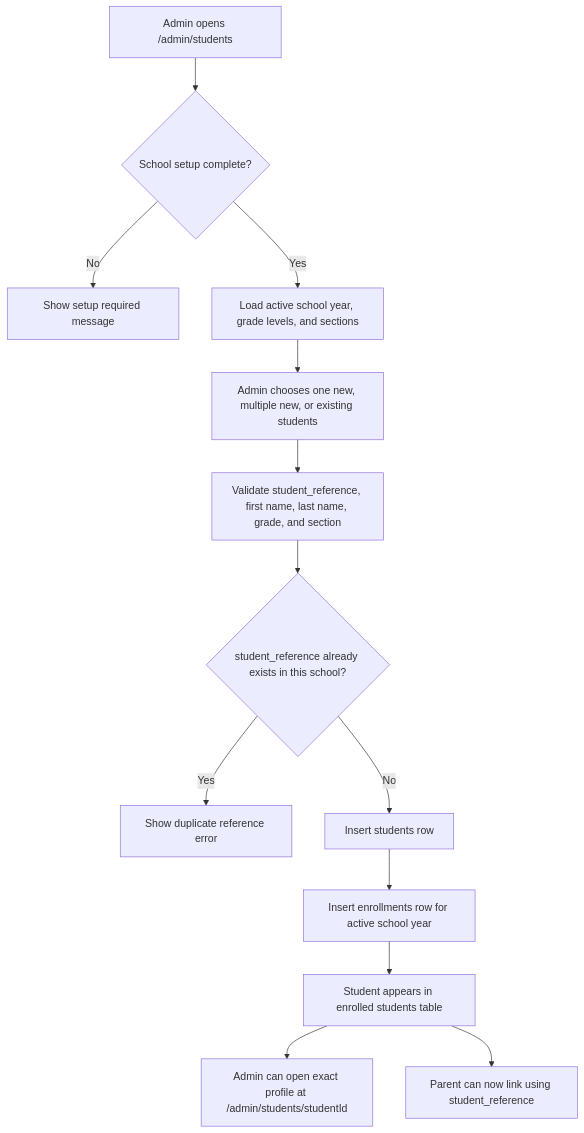
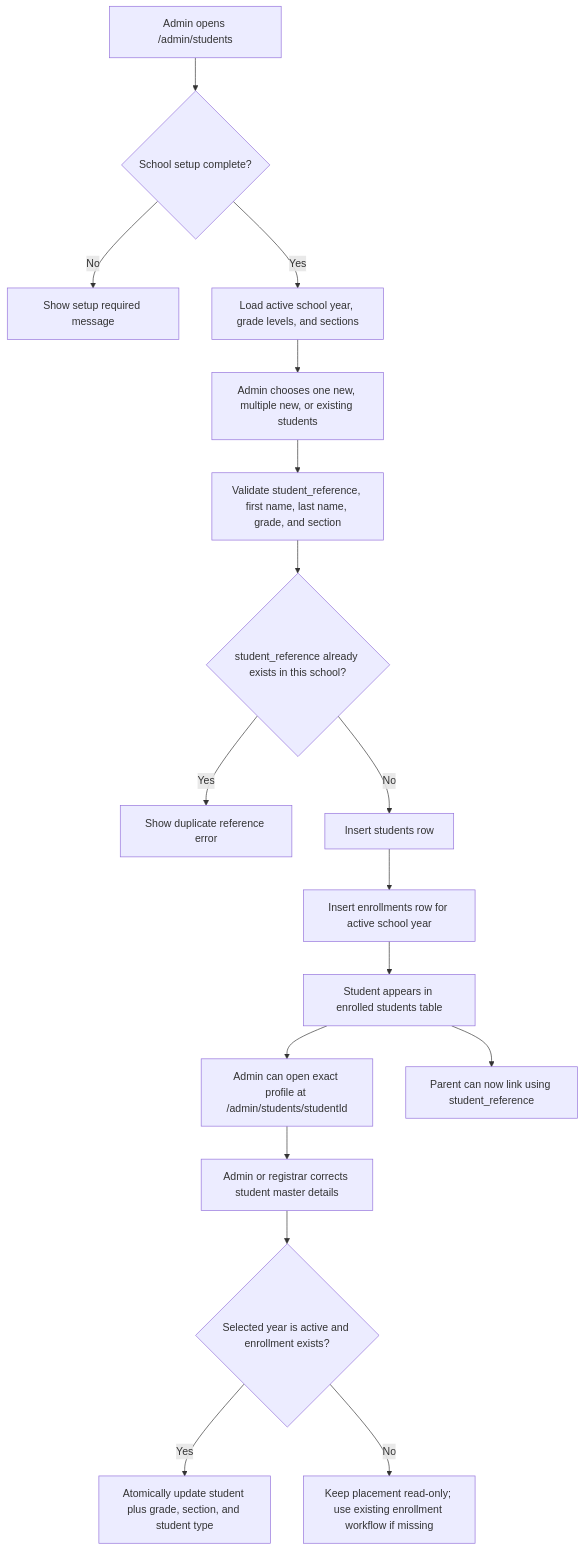
One commit to Xeyn19/xmetapay changed the ninth of 22 diagrams in docs/PROJECT_FLOWCHARTS.md. Above: the diagram before and after it, drawn with Mermaid. The commit also changed other lines of this file and 13 other files, not shown here.

````diff
--- a/docs/PROJECT_FLOWCHARTS.md
+++ b/docs/PROJECT_FLOWCHARTS.md
@@ -336,15 +336,19 @@
 ```mermaid
 flowchart TD
   A["Admin opens /admin/students"] --> B{"School setup complete?"}
   B -->|No| C["Show setup required message"]
   B -->|Yes| D["Load active school year, grade levels, and sections"]
   D --> E["Admin chooses one new, multiple new, or existing students"]
   E --> F["Validate student_reference, first name, last name, grade, and section"]
   F --> G{"student_reference already exists in this school?"}
   G -->|Yes| H["Show duplicate reference error"]
   G -->|No| I["Insert students row"]
   I --> J["Insert enrollments row for active school year"]
   J --> K["Student appears in enrolled students table"]
   K --> L["Admin can open exact profile at /admin/students/studentId"]
   K --> M["Parent can now link using student_reference"]
+  L --> N["Admin or registrar corrects student master details"]
+  N --> O{"Selected year is active and enrollment exists?"}
+  O -->|Yes| P["Atomically update student plus grade, section, and student type"]
+  O -->|No| Q["Keep placement read-only; use existing enrollment workflow if missing"]
 ```
````
